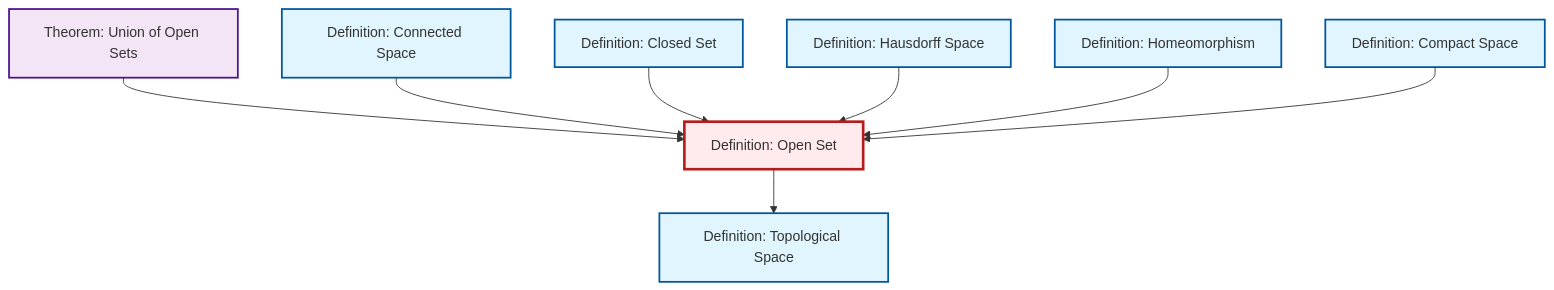
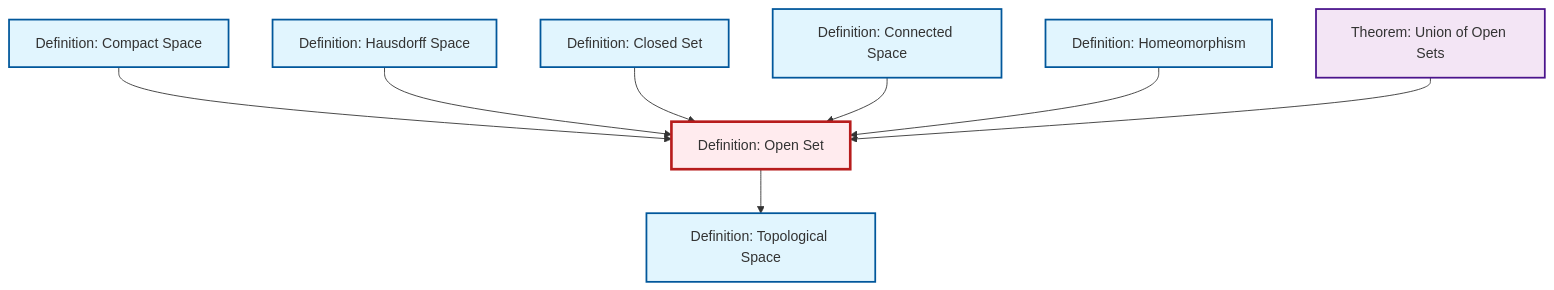
One commit to RK0429/ModernMath changed the diagram in content/en/topology/def-open-set.qmd. Above: the diagram before and after it, drawn with Mermaid. The commit also changed other lines of this file and 531 other files, not shown here.

````diff
--- a/content/en/topology/def-open-set.qmd
+++ b/content/en/topology/def-open-set.qmd
@@ -53,32 +53,32 @@
 ```{mermaid}
 %%| fig-cap: "Local dependency graph"
 graph TD
     classDef definition fill:#e1f5fe,stroke:#01579b,stroke-width:2px
     classDef theorem fill:#f3e5f5,stroke:#4a148c,stroke-width:2px
     classDef axiom fill:#fff3e0,stroke:#e65100,stroke-width:2px
     classDef example fill:#e8f5e9,stroke:#1b5e20,stroke-width:2px
     classDef current fill:#ffebee,stroke:#b71c1c,stroke-width:3px
-    def-hausdorff["Definition: Hausdorff Space"]:::definition
+    def-homeomorphism["Definition: Homeomorphism"]:::definition
+    thm-union-open-sets["Theorem: Union of Open Sets"]:::theorem
+    def-topological-space["Definition: Topological Space"]:::definition
     def-compact["Definition: Compact Space"]:::definition
     def-closed-set["Definition: Closed Set"]:::definition
-    def-homeomorphism["Definition: Homeomorphism"]:::definition
-    def-topological-space["Definition: Topological Space"]:::definition
-    thm-union-open-sets["Theorem: Union of Open Sets"]:::theorem
+    def-hausdorff["Definition: Hausdorff Space"]:::definition
+    def-open-set["Definition: Open Set"]:::definition
     def-connected["Definition: Connected Space"]:::definition
-    def-open-set["Definition: Open Set"]:::definition
+    def-open-set --> def-topological-space
+    def-compact --> def-open-set
+    def-hausdorff --> def-open-set
+    def-closed-set --> def-open-set
+    def-connected --> def-open-set
+    def-homeomorphism --> def-open-set
     thm-union-open-sets --> def-open-set
-    def-connected --> def-open-set
-    def-closed-set --> def-open-set
-    def-open-set --> def-topological-space
-    def-hausdorff --> def-open-set
-    def-homeomorphism --> def-open-set
-    def-compact --> def-open-set
     class def-open-set current
-    click def-hausdorff "def-hausdorff.html" "Go to Hausdorff Space definition"
+    click def-homeomorphism "def-homeomorphism.html" "Go to Homeomorphism definition"
+    click thm-union-open-sets "thm-union-open-sets.html" "Go to Union of Open Sets theorem"
+    click def-topological-space "def-topological-space.html" "Go to Topological Space definition"
     click def-compact "def-compact.html" "Go to Compact Space definition"
     click def-closed-set "def-closed-set.html" "Go to Closed Set definition"
-    click def-homeomorphism "def-homeomorphism.html" "Go to Homeomorphism definition"
-    click def-topological-space "def-topological-space.html" "Go to Topological Space definition"
-    click thm-union-open-sets "thm-union-open-sets.html" "Go to Union of Open Sets theorem"
+    click def-hausdorff "def-hausdorff.html" "Go to Hausdorff Space definition"
     click def-connected "def-connected.html" "Go to Connected Space definition"
 ```
````
